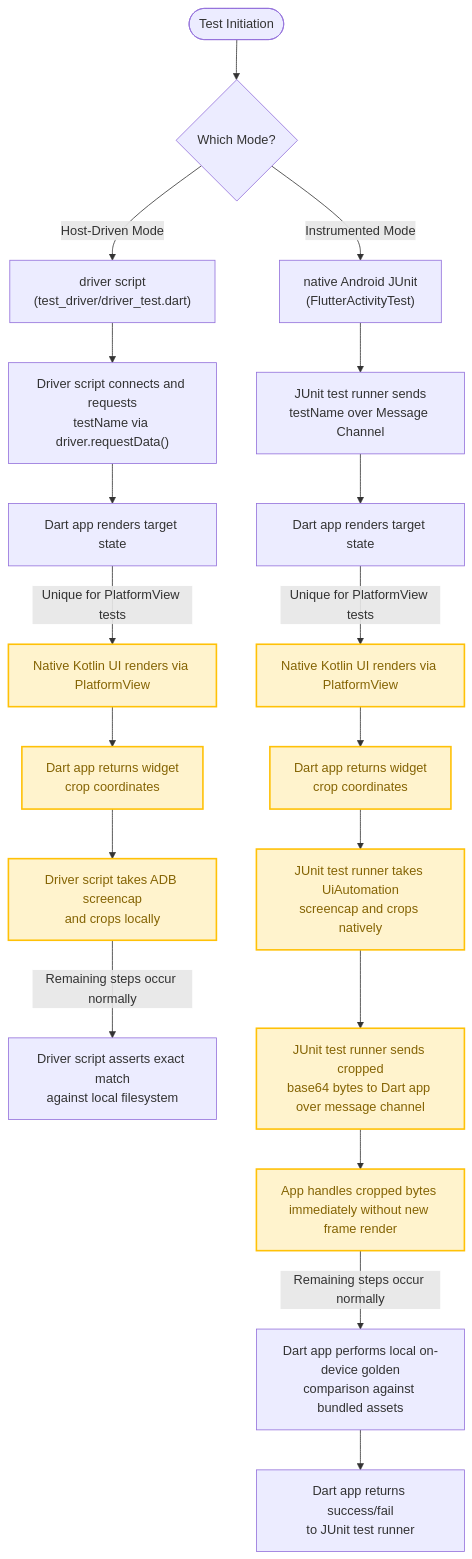
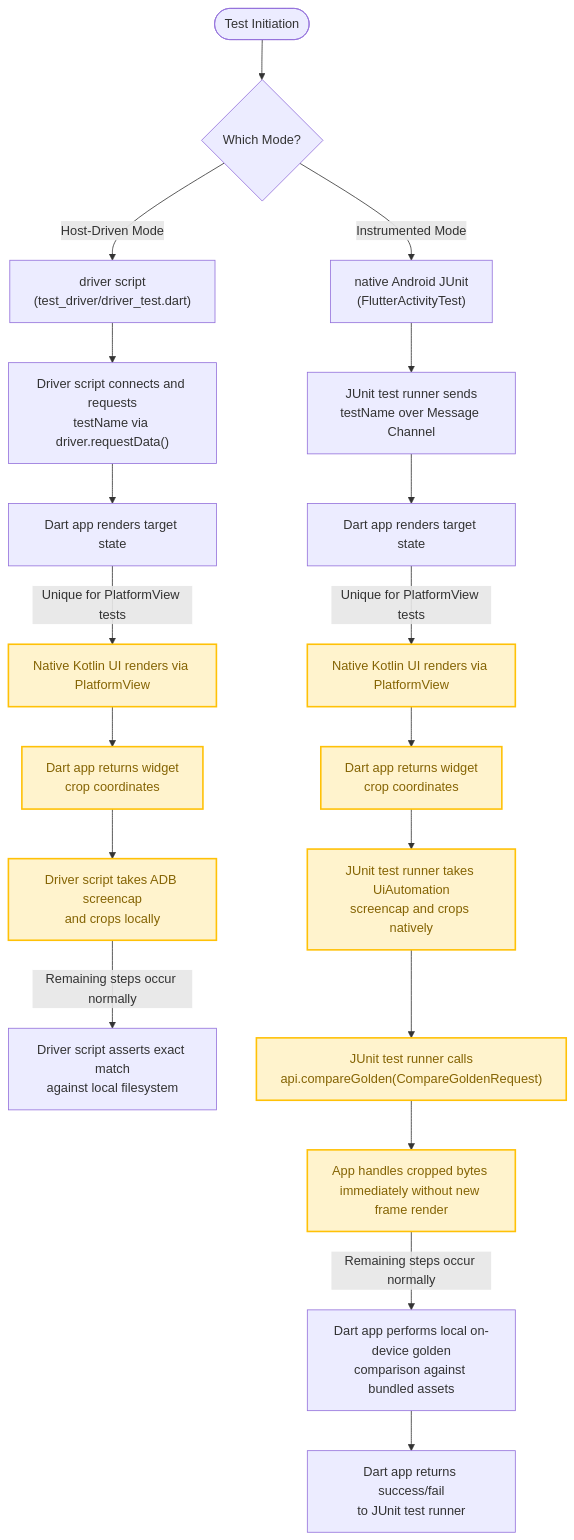
Before and after one commit to flutter/flutter: the second of 2 diagrams in dev/integration_tests/android_hardware_smoke_test/README.md, drawn with Mermaid. The commit also changed other lines of this file and 20 other files, not shown here.

Commit message:
Use package pigeon to replace manual message channel communication with a type-safe generated API

````diff
--- a/dev/integration_tests/android_hardware_smoke_test/README.md
+++ b/dev/integration_tests/android_hardware_smoke_test/README.md
@@ -215,33 +224,33 @@
 ```mermaid
 flowchart TD
     TestInit(["Test Initiation"]) --> Mode{"Which Mode?"}
 
     Mode -->|"Host-Driven Mode"| HostScript["driver script<br/>(test_driver/driver_test.dart)"]
     Mode -->|"Instrumented Mode"| JUnit["native Android JUnit<br/>(FlutterActivityTest)"]
 
     HostScript --> RequestData["Driver script connects and requests<br/>testName via driver.requestData()"]
     JUnit --> SendMessage["JUnit test runner sends<br/>testName over Message Channel"]
 
     RequestData --> RenderHost["Dart app renders target state"]
     SendMessage --> RenderDevice["Dart app renders target state"]
 
     RenderHost -->|"Unique for PlatformView tests"| RenderHostPlatformView["Native Kotlin UI renders via PlatformView"]:::unique
     RenderDevice -->|"Unique for PlatformView tests"| RenderDevicePlatformView["Native Kotlin UI renders via PlatformView"]:::unique
 
     RenderHostPlatformView --> CoordsHost["Dart app returns widget<br/>crop coordinates"]:::unique
     RenderDevicePlatformView --> CoordsDevice["Dart app returns widget<br/>crop coordinates"]:::unique
 
     CoordsHost --> CaptureHost["Driver script takes ADB screencap<br/>and crops locally"]:::unique
     CoordsDevice --> CaptureDevice["JUnit test runner takes UiAutomation<br/>screencap and crops natively"]:::unique
 
     CaptureHost -->|"Remaining steps occur normally"| CompareHost["Driver script asserts exact match<br/>against local filesystem"]
-    CaptureDevice --> SendBytes["JUnit test runner sends cropped<br/>base64 bytes to Dart app over message channel"]:::unique
+    CaptureDevice --> SendBytes["JUnit test runner calls<br/>api.compareGolden(CompareGoldenRequest)"]:::unique
 
     SendBytes --> ImmediateComparison["App handles cropped bytes immediately without new frame render"]:::unique
 
     ImmediateComparison -->|"Remaining steps occur normally"| OnDeviceCompare["Dart app performs local on-device golden<br/>comparison against bundled assets"]
 
     OnDeviceCompare --> Report["Dart app returns success/fail<br/>to JUnit test runner"]
 
     classDef unique fill:#fff3cd,stroke:#ffc107,color:#856404,stroke-width:2px;
 ```
````
